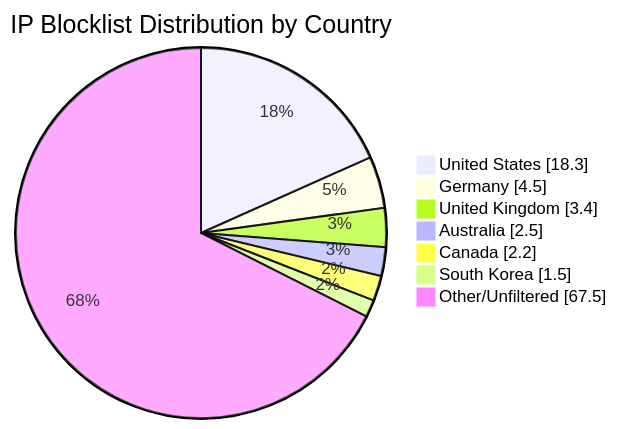
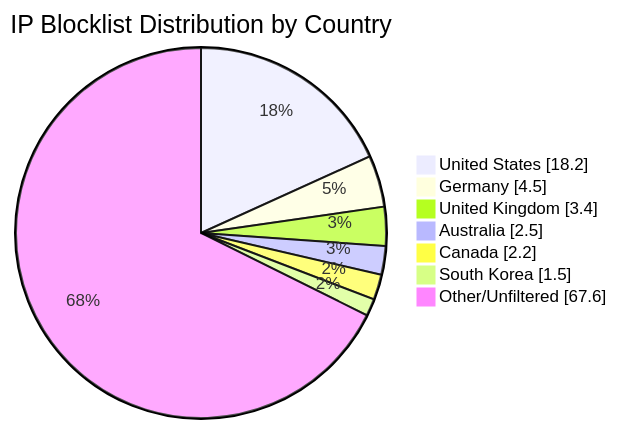
The diagram in README.md (MarcusHoltz/ipblocklist-geofiltered-aggregator), drawn with Mermaid before and after one commit. The commit also changed other lines of this file and 9 other files, not shown here.

````diff
--- a/README.md
+++ b/README.md
@@ -34,10 +34,10 @@
 ```mermaid
 pie showData title IP Blocklist Distribution by Country
-"United States" : 18.3
+"United States" : 18.2
 "Germany" : 4.5
 "United Kingdom" : 3.4
 "Australia" : 2.5
 "Canada" : 2.2
 "South Korea" : 1.5
-"Other/Unfiltered" : 67.5
+"Other/Unfiltered" : 67.6
 ```
````
